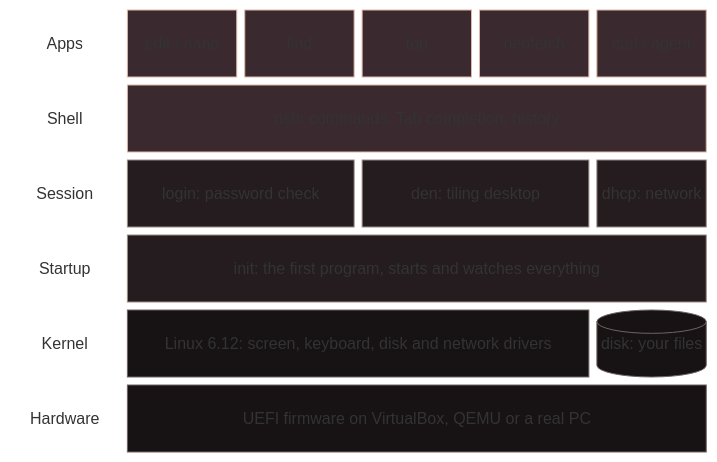
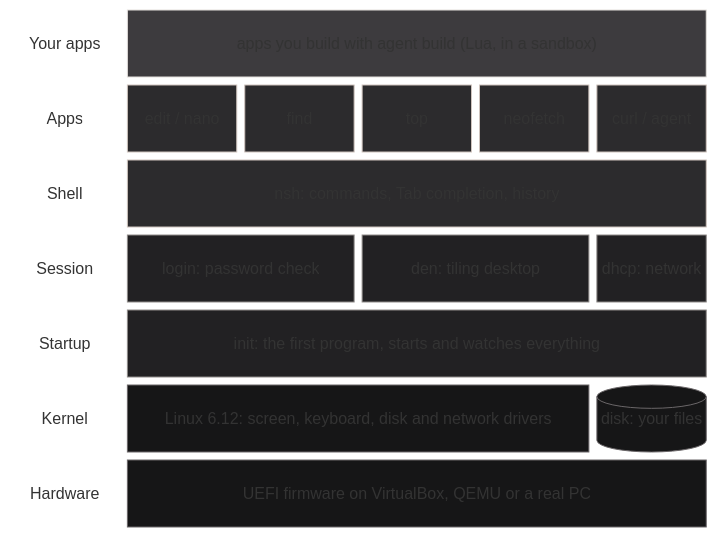
The diagram in README.md (Adhishtanaka/thir), drawn with Mermaid before and after one commit. The commit also changed other lines of this file, not shown here.

Commit message:
README: agent build, apps you build, grey diagram colours

````diff
--- a/README.md
+++ b/README.md
@@ -33,19 +44,22 @@
 ```mermaid
 block-beta
   columns 6
+  l0["Your apps"] mine["apps you build with agent build (Lua, in a sandbox)"]:5
   l1["Apps"] edit["edit / nano"] find["find"] top["top"] fetch["neofetch"] net["curl / agent"]
   l2["Shell"] shell["nsh: commands, Tab completion, history"]:5
   l3["Session"] login["login: password check"]:2 den["den: tiling desktop"]:2 dhcp["dhcp: network"]
   l4["Startup"] init["init: the first program, starts and watches everything"]:5
   l5["Kernel"] kernel["Linux 6.12: screen, keyboard, disk and network drivers"]:4 disk[("disk: your files")]
   l6["Hardware"] hw["UEFI firmware on VirtualBox, QEMU or a real PC"]:5
 
-  classDef label fill:transparent,stroke:transparent,color:#9c8c86
-  classDef user fill:#3a2a2f,stroke:#e0b8a8,color:#ecd6cd
-  classDef sys fill:#241c1f,stroke:#9c8c86,color:#ecd6cd
-  classDef core fill:#171315,stroke:#6e6360,color:#ecd6cd
-  class l1,l2,l3,l4,l5,l6 label
+  classDef label fill:transparent,stroke:transparent,color:#8f8b89
+  classDef mine fill:#3d3b3e,stroke:#e3dfdc,color:#e3dfdc
+  classDef user fill:#2c2b2d,stroke:#cfc4be,color:#e3dfdc
+  classDef sys fill:#222123,stroke:#8f8b89,color:#e3dfdc
+  classDef core fill:#161617,stroke:#6a6668,color:#e3dfdc
+  class l0,l1,l2,l3,l4,l5,l6 label
+  class mine mine
   class edit,find,top,fetch,net,shell user
   class login,den,dhcp,init sys
   class kernel,hw,disk core
 ```
````
